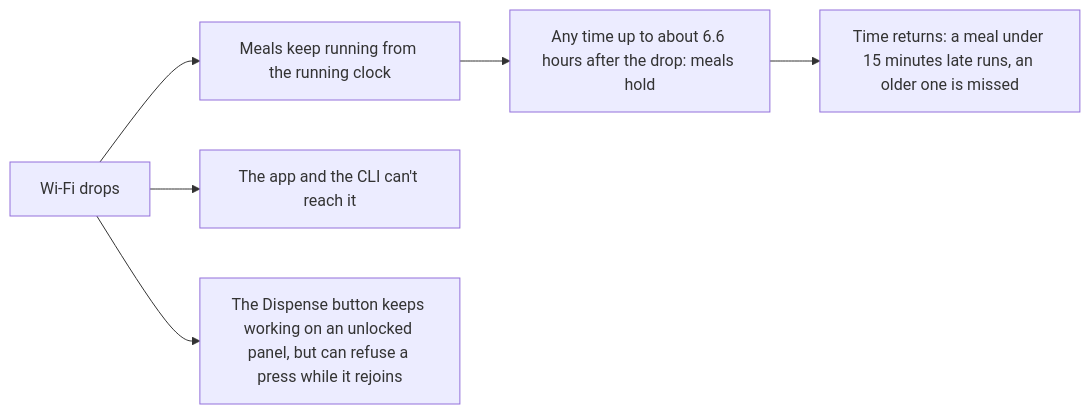
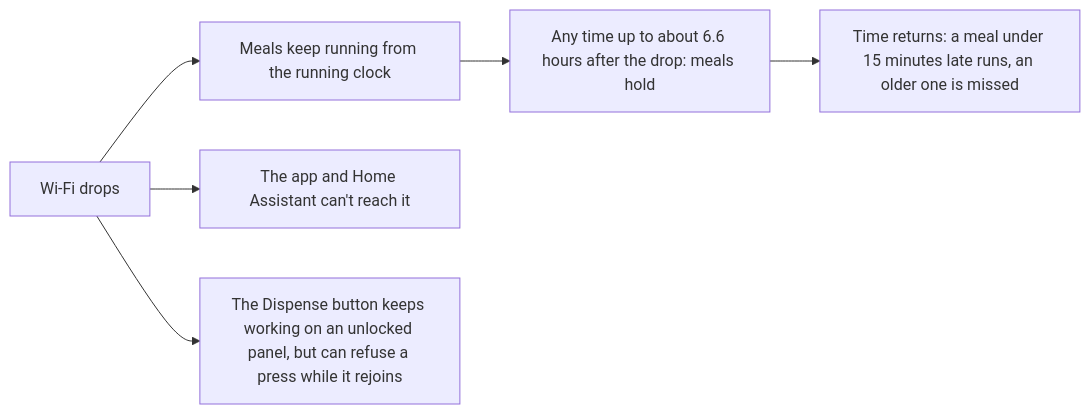
The second of 3 diagrams in docs/guide/how-it-works/system.md (Isaac-Duarte/wellfed), drawn with Mermaid before and after one commit. The commit also changed other lines of this file and 25 other files, not shown here.

````diff
--- a/docs/guide/how-it-works/system.md
+++ b/docs/guide/how-it-works/system.md
@@ -46,9 +44,9 @@
 ```mermaid
 %% svg: system-outage.svg
 flowchart LR
   drop["Wi-Fi drops"] --> meals["Meals keep running from the running clock"]
   meals --> hold["Any time up to about 6.6 hours after the drop: meals hold"]
-  drop --> clients["The app and the CLI can't reach it"]
+  drop --> clients["The app and Home Assistant can't reach it"]
   drop --> button["The Dispense button keeps working on an unlocked panel, but can refuse a press while it rejoins"]
   hold --> back["Time returns: a meal under 15 minutes late runs, an older one is missed"]
 ```
````
